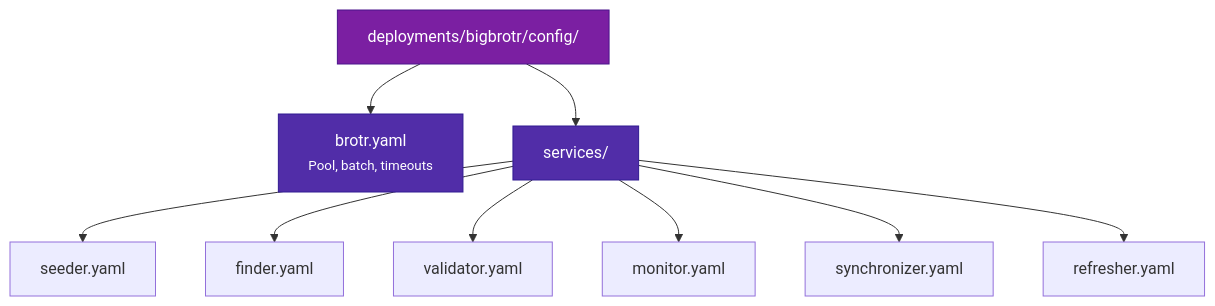
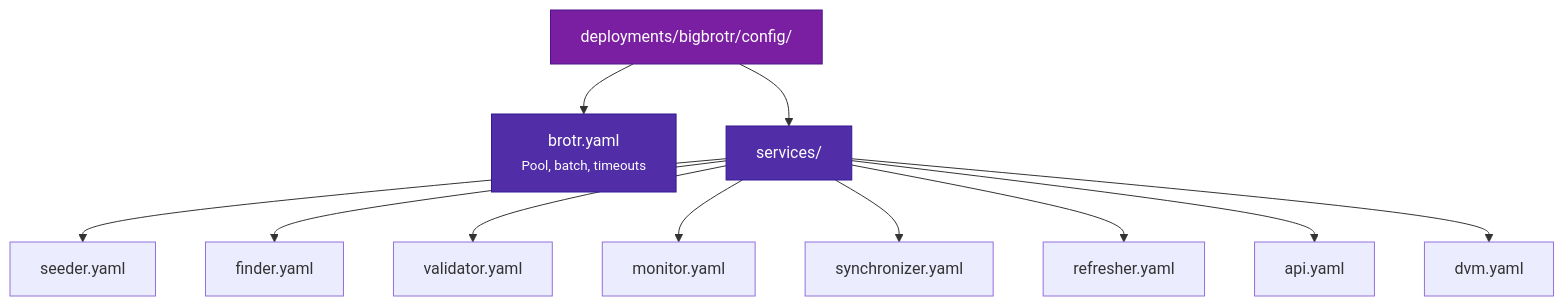
The seventh of 7 diagrams in docs/user-guide/architecture.md (BigBrotr/bigbrotr), drawn with Mermaid before and after one commit. The commit also changed other lines of this file and 44 other files, not shown here.

````diff
--- a/docs/user-guide/architecture.md
+++ b/docs/user-guide/architecture.md
@@ -649,16 +649,18 @@
 ```mermaid
 flowchart TD
     A["deployments/bigbrotr/config/"]
     A --> B["brotr.yaml<br/><small>Pool, batch, timeouts</small>"]
     A --> C["services/"]
     C --> D["seeder.yaml"]
     C --> E["finder.yaml"]
     C --> F["validator.yaml"]
     C --> G["monitor.yaml"]
     C --> H["synchronizer.yaml"]
     C --> I["refresher.yaml"]
+    C --> J["api.yaml"]
+    C --> K["dvm.yaml"]
 
     style A fill:#7B1FA2,color:#fff,stroke:#4A148C
     style B fill:#512DA8,color:#fff,stroke:#311B92
     style C fill:#512DA8,color:#fff,stroke:#311B92
 ```
````
